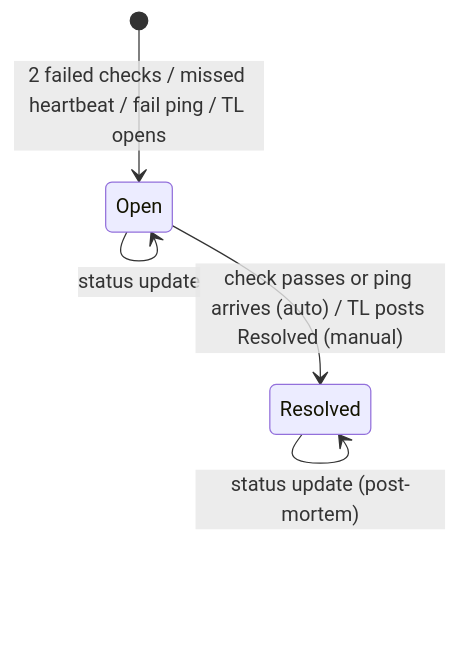
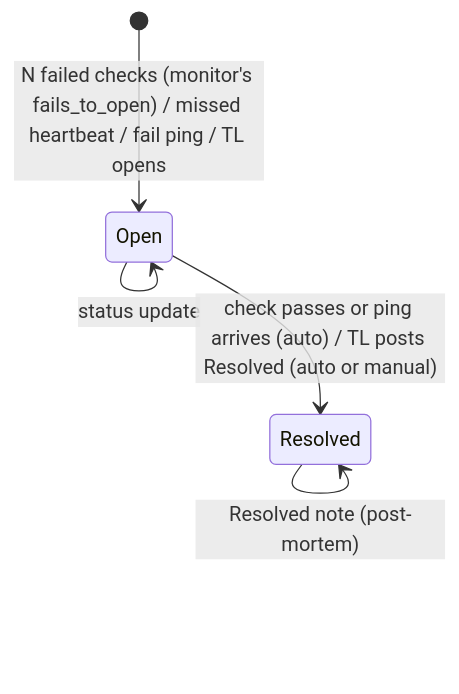
Before and after one commit to PT-Perkasa-Pilar-Utama/monita: the second of 3 diagrams in docs/technical-specs/06-data-model.md, drawn with Mermaid. The commit also changed other lines of this file and 15 other files, not shown here.

````diff
--- a/docs/technical-specs/06-data-model.md
+++ b/docs/technical-specs/06-data-model.md
@@ -221,7 +296,7 @@
 ```mermaid
 stateDiagram-v2
-  [*] --> Open: 2 failed checks / missed heartbeat / fail ping / TL opens
+  [*] --> Open: N failed checks (monitor's fails_to_open) / missed heartbeat / fail ping / TL opens
   Open --> Open: status update
-  Open --> Resolved: check passes or ping arrives (auto) / TL posts Resolved (manual)
-  Resolved --> Resolved: status update (post-mortem)
+  Open --> Resolved: check passes or ping arrives (auto) / TL posts Resolved (auto or manual)
+  Resolved --> Resolved: Resolved note (post-mortem)
 ```
````
